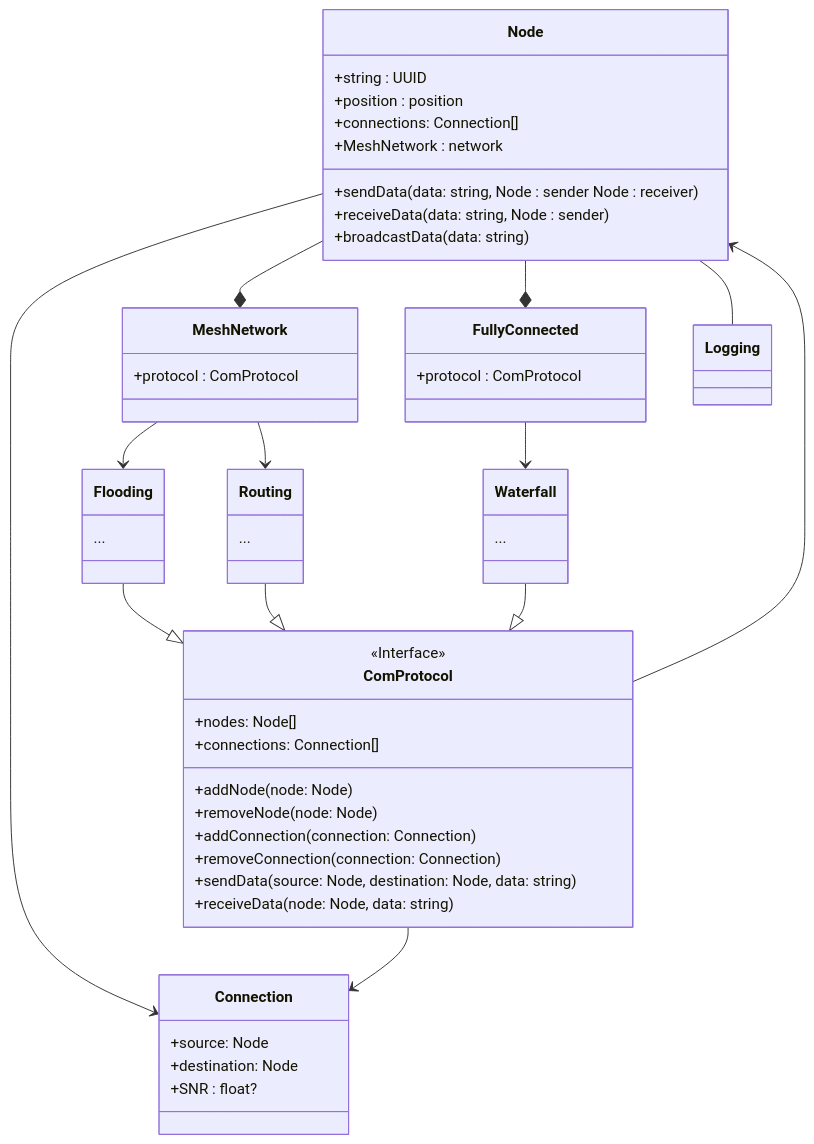
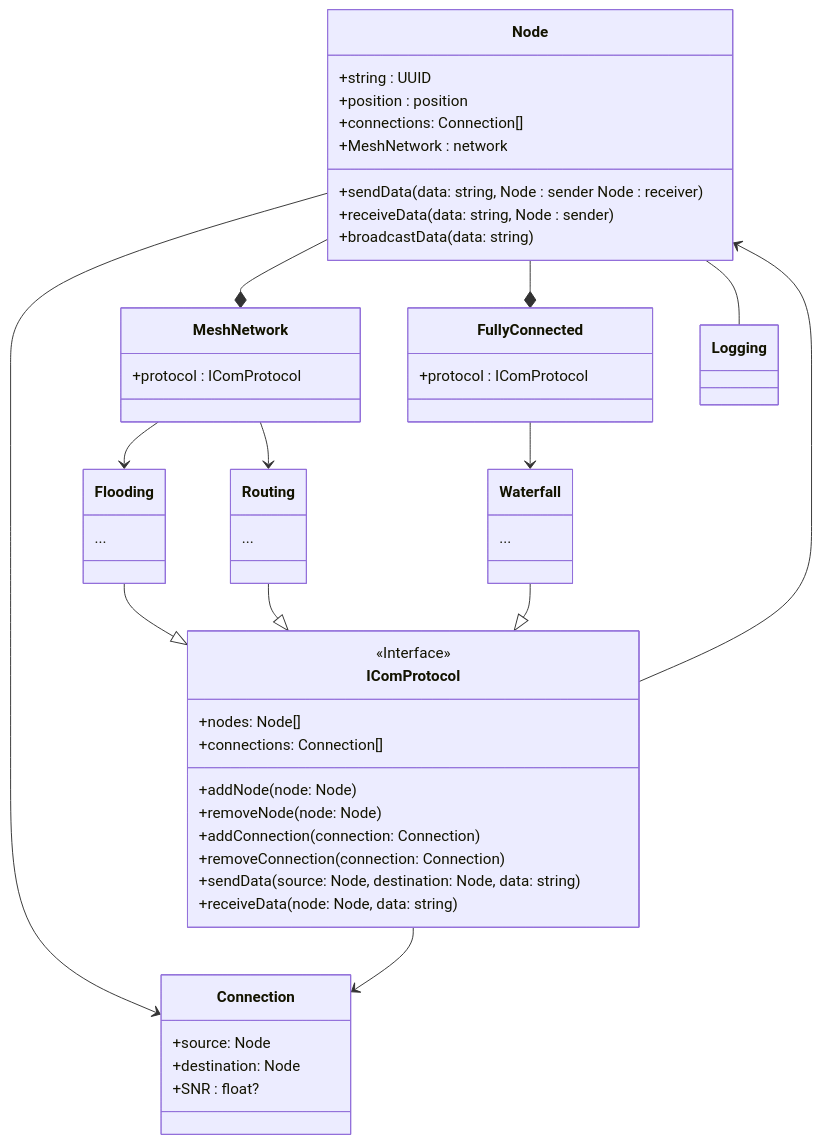
One commit to Nidocq/RadioMeshNetwork changed the diagram in README.md. Above: the diagram before and after it, drawn with Mermaid. The commit also changed 8 other files, not shown here.

Commit message:
boiler for the UML design

````diff
--- a/README.md
+++ b/README.md
@@ -17,72 +17,72 @@
 ```mermaid
 classDiagram 
         direction BT
-    class ComProtocol {
+    class IComProtocol {
         <<Interface>>
         +nodes: Node[]
         +connections: Connection[]
 
         +addNode(node: Node)
         +removeNode(node: Node)
         +addConnection(connection: Connection)
         +removeConnection(connection: Connection)
         
         +sendData(source: Node, destination: Node, data: string)
         +receiveData(node: Node, data: string)
     }
     %% %%%%%
-    ComProtocol <|-- Flooding
-    ComProtocol <|-- Routing
-    ComProtocol <|-- Waterfall
+    IComProtocol <|-- Flooding
+    IComProtocol <|-- Routing
+    IComProtocol <|-- Waterfall
     %% %%%%%
 
     class Node {
         +string : UUID
         +position : position
         +connections: Connection[]
         +MeshNetwork : network
 
         +sendData(data: string, Node : sender Node : receiver)
         +receiveData(data: string, Node : sender)
         +broadcastData(data: string)
     }
     %% %%%%%
-    Node <-- ComProtocol
+    Node <-- IComProtocol
     %% %%%%%
 
     class MeshNetwork {
-        +protocol : ComProtocol
+        +protocol : IComProtocol
     }
     
     class Connection {
         +source: Node
         +destination: Node
         +SNR : float?
     }
     %% %%%%%
-    Connection <--  ComProtocol
+    Connection <--  IComProtocol
     Connection <--  Node
     %% %%%%%
 
     class Flooding {
         ...
     }
 
     class Routing {
         ...
     }
     class Waterfall {
        ...
     }
 
     class FullyConnected {
-        +protocol : ComProtocol
+        +protocol : IComProtocol
     }
 
 MeshNetwork *--  Node
 FullyConnected *--  Node
 Flooding <-- MeshNetwork
 Routing <-- MeshNetwork
 Waterfall <-- FullyConnected
 Logging -- Node
 ```
````
